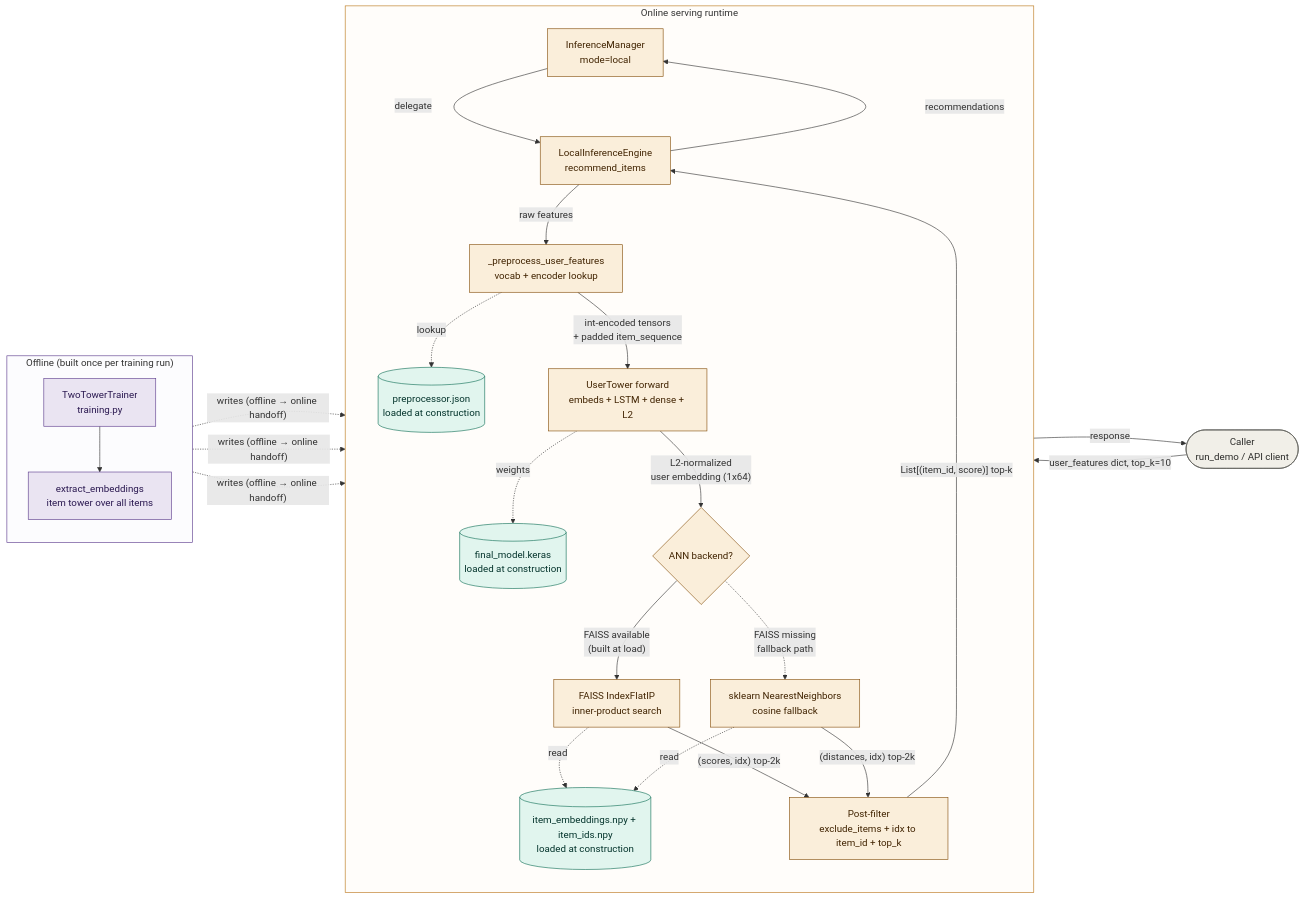
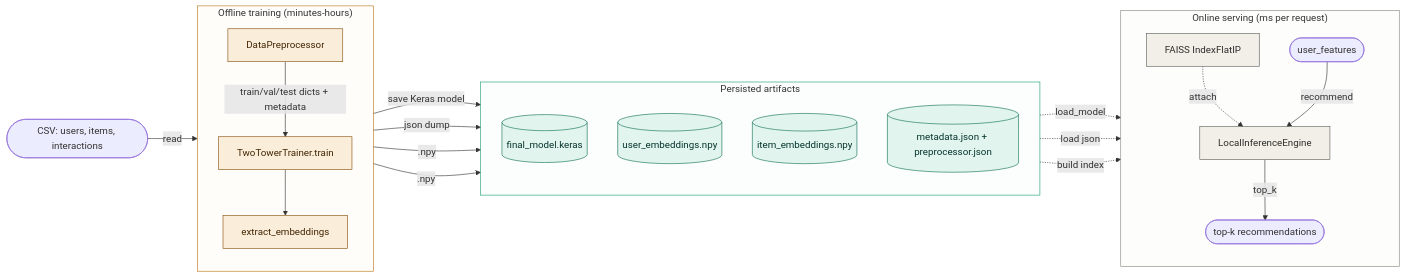
Before and after one commit to jyouturner/explain-the-repo: the first of 3 diagrams in examples/real-repos/recs-two-tower.md, drawn with Mermaid. The commit also changed other lines of this file and 2 other files, not shown here.

````diff
--- a/examples/real-repos/recs-two-tower.md
+++ b/examples/real-repos/recs-two-tower.md
@@ -28,61 +22,55 @@
 ```mermaid
 flowchart LR
-  caller([Caller<br/>run_demo / API client])
+  data([CSV: users, items, interactions])
 
-  subgraph OFFLINE [" Offline (built once per training run) "]
+  subgraph OFFLINE [" Offline training (minutes-hours) "]
     direction TB
-    trainer[TwoTowerTrainer<br/>training.py]
-    extract[extract_embeddings<br/>item tower over all items]
+    prep[DataPreprocessor]
+    trainer[TwoTowerTrainer.train]
+    extract[extract_embeddings]
   end
 
-  subgraph SERVING [" Online serving runtime "]
+  subgraph ARTIFACTS [" Persisted artifacts "]
     direction TB
-    mgr[InferenceManager<br/>mode=local]
-    engine[LocalInferenceEngine<br/>recommend_items]
-    pre[_preprocess_user_features<br/>vocab + encoder lookup]
-    user_tower[UserTower forward<br/>embeds + LSTM + dense + L2]
-    ann{ANN backend?}
-    faiss[FAISS IndexFlatIP<br/>inner-product search]
-    sk[sklearn NearestNeighbors<br/>cosine fallback]
-    post[Post-filter<br/>exclude_items + idx to item_id + top_k]
-
-    pre_art[("preprocessor.json<br/>loaded at construction")]
-    model_art[("final_model.keras<br/>loaded at construction")]
-    item_emb[("item_embeddings.npy + item_ids.npy<br/>loaded at construction")]
+    model[("final_model.keras")]
+    user_emb[("user_embeddings.npy")]
+    item_emb[("item_embeddings.npy")]
+    meta[("metadata.json + preprocessor.json")]
   end
 
-  caller -->|"user_features dict, top_k=10"| mgr
-  mgr -->|delegate| engine
-  engine -->|raw features| pre
-  pre -.->|lookup| pre_art
-  pre -->|"int-encoded tensors<br/>+ padded item_sequence"| user_tower
-  user_tower -.->|weights| model_art
-  user_tower -->|"L2-normalized<br/>user embedding (1x64)"| ann
-  ann -->|"FAISS available<br/>(built at load)"| faiss
-  ann -.->|"FAISS missing<br/>fallback path"| sk
-  faiss -.->|read| item_emb
-  sk -.->|read| item_emb
-  faiss -->|"(scores, idx) top-2k"| post
-  sk -->|"(distances, idx) top-2k"| post
-  post -->|"List[(item_id, score)] top-k"| engine
-  engine -->|recommendations| mgr
-  mgr -->|response| caller
+  subgraph ONLINE [" Online serving (ms per request) "]
+    direction TB
+    engine[LocalInferenceEngine]
+    faiss[FAISS IndexFlatIP]
+    user_req([user_features])
+    recs([top-k recommendations])
+  end
 
-  trainer -.->|"writes (offline → online handoff)"| model_art
-  trainer -.->|"writes (offline → online handoff)"| pre_art
+  data -->|read| prep
+  prep -->|"train/val/test dicts + metadata"| trainer
+  trainer -->|"save Keras model"| model
+  trainer -->|"json dump"| meta
   trainer --> extract
-  extract -.->|"writes (offline → online handoff)"| item_emb
+  extract -->|".npy"| user_emb
+  extract -->|".npy"| item_emb
 
-  classDef offline fill:#EAE4F2,stroke:#5B3A8C,color:#2A1850
-  classDef serving fill:#FAEEDA,stroke:#854F0B,color:#412402
-  classDef store   fill:#E1F5EE,stroke:#0F6E56,color:#04342C
-  classDef ext     fill:#F1EFE8,stroke:#5F5E5A,color:#2C2C2A
+  model -.->|load_model| engine
+  meta  -.->|load json| engine
+  item_emb -.->|build index| faiss
+  faiss -.->|attach| engine
 
-  class trainer,extract offline
-  class mgr,engine,pre,user_tower,faiss,sk,post,ann serving
-  class model_art,pre_art,item_emb store
-  class caller ext
+  user_req -->|recommend| engine
+  engine -->|top_k| recs
 
-  style OFFLINE fill:#EAE4F222,stroke:#5B3A8C
-  style SERVING fill:#FAEEDA22,stroke:#BA7517
+  classDef offline fill:#FAEEDA,stroke:#854F0B,color:#412402
+  classDef artifact fill:#E1F5EE,stroke:#0F6E56,color:#04342C
+  classDef online fill:#F1EFE8,stroke:#5F5E5A,color:#2C2C2A
+
+  class prep,trainer,extract offline
+  class model,user_emb,item_emb,meta artifact
+  class engine,faiss online
+
+  style OFFLINE  fill:#FAEEDA22,stroke:#BA7517
+  style ARTIFACTS fill:#E1F5EE22,stroke:#1D9E75
+  style ONLINE   fill:#F1EFE822,stroke:#888780
 ```
````
